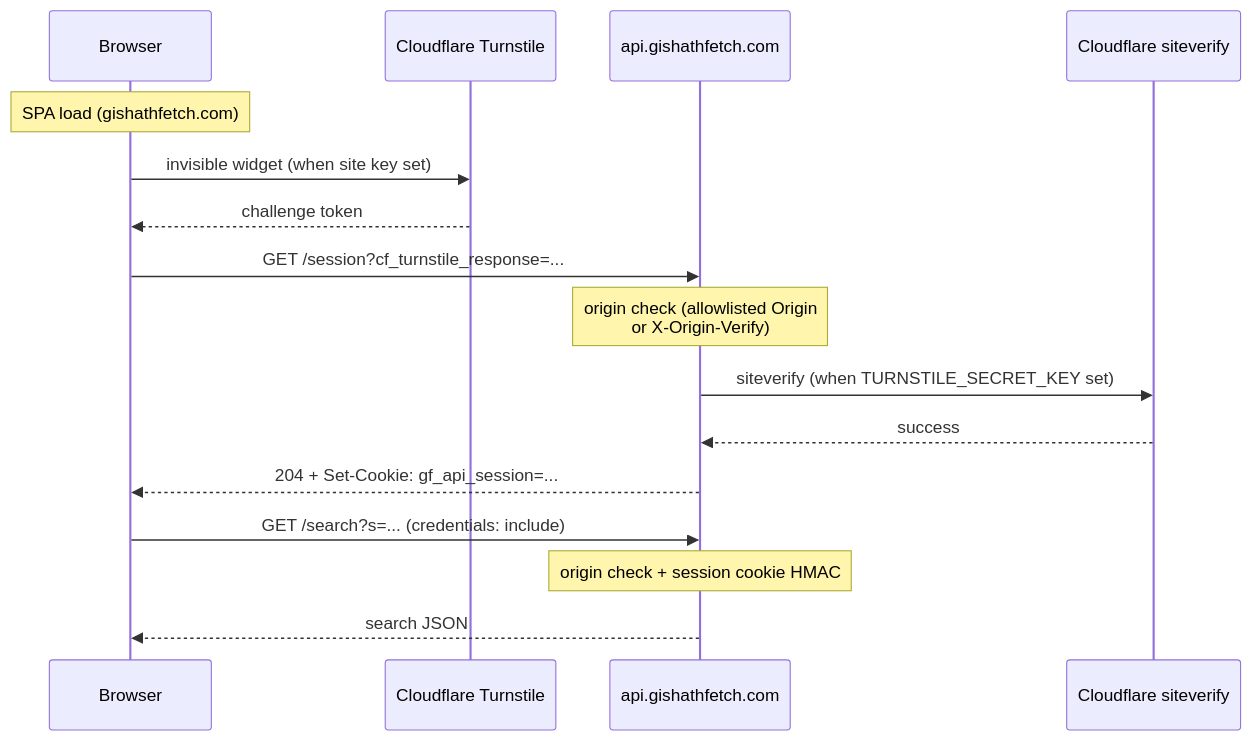
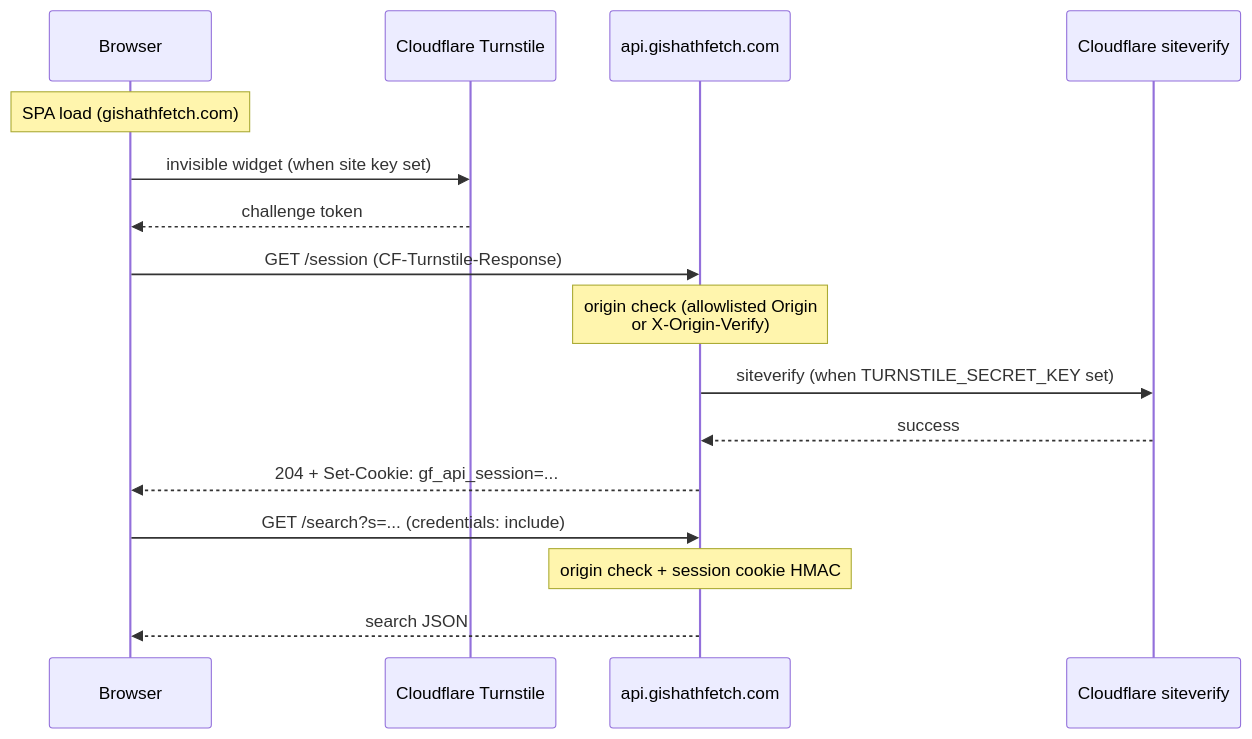
The diagram in docs/api-abuse-mitigation.md (xenodus/gishathfetch), drawn with Mermaid before and after one commit. The commit also changed other lines of this file and 3 other files, not shown here.

Commit message:
Send Turnstile token via CF-Turnstile-Response header on session mint (#357)

````diff
--- a/docs/api-abuse-mitigation.md
+++ b/docs/api-abuse-mitigation.md
@@ -21,19 +21,19 @@
 ```mermaid
 sequenceDiagram
     participant U as Browser
     participant TS as Cloudflare Turnstile
     participant API as api.gishathfetch.com
     participant CF_API as Cloudflare siteverify
 
     Note over U: SPA load (gishathfetch.com)
     U->>TS: invisible widget (when site key set)
     TS-->>U: challenge token
-    U->>API: GET /session?cf_turnstile_response=...
+    U->>API: GET /session (CF-Turnstile-Response)
     Note over API: origin check (allowlisted Origin<br/>or X-Origin-Verify)
     API->>CF_API: siteverify (when TURNSTILE_SECRET_KEY set)
     CF_API-->>API: success
     API-->>U: 204 + Set-Cookie: gf_api_session=...
     U->>API: GET /search?s=... (credentials: include)
     Note over API: origin check + session cookie HMAC
     API-->>U: search JSON
 ```
````
